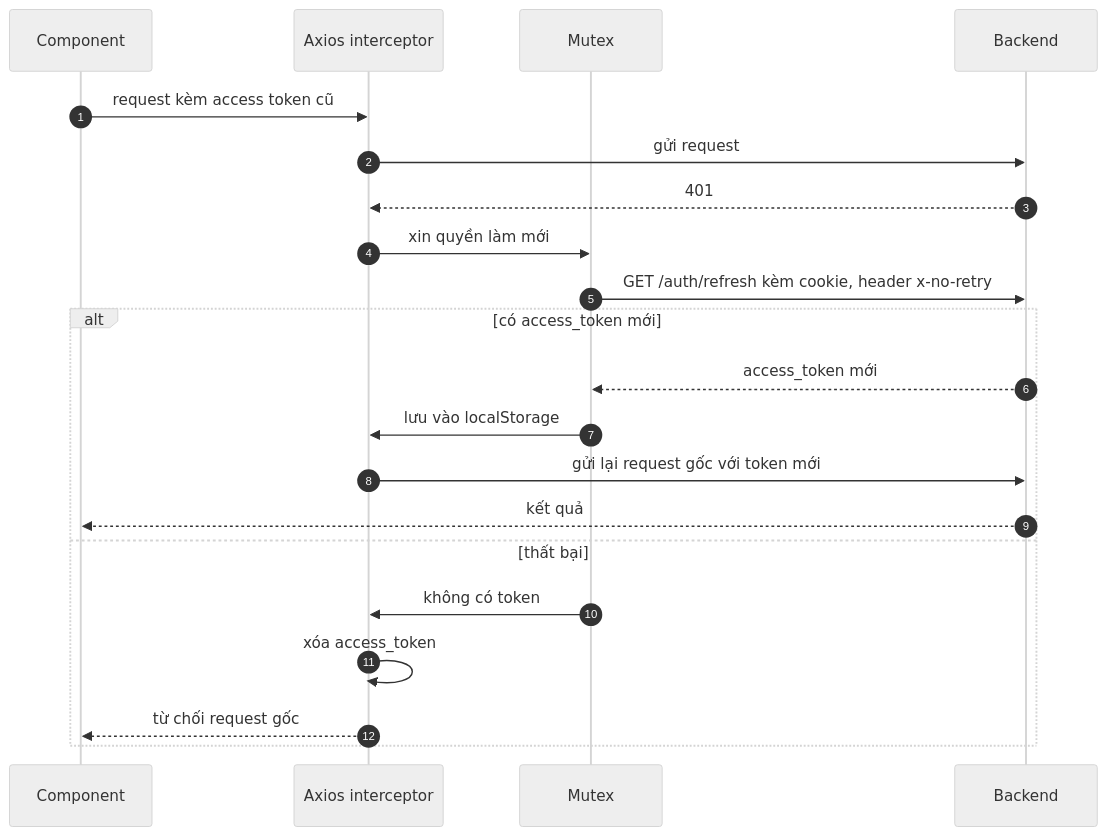
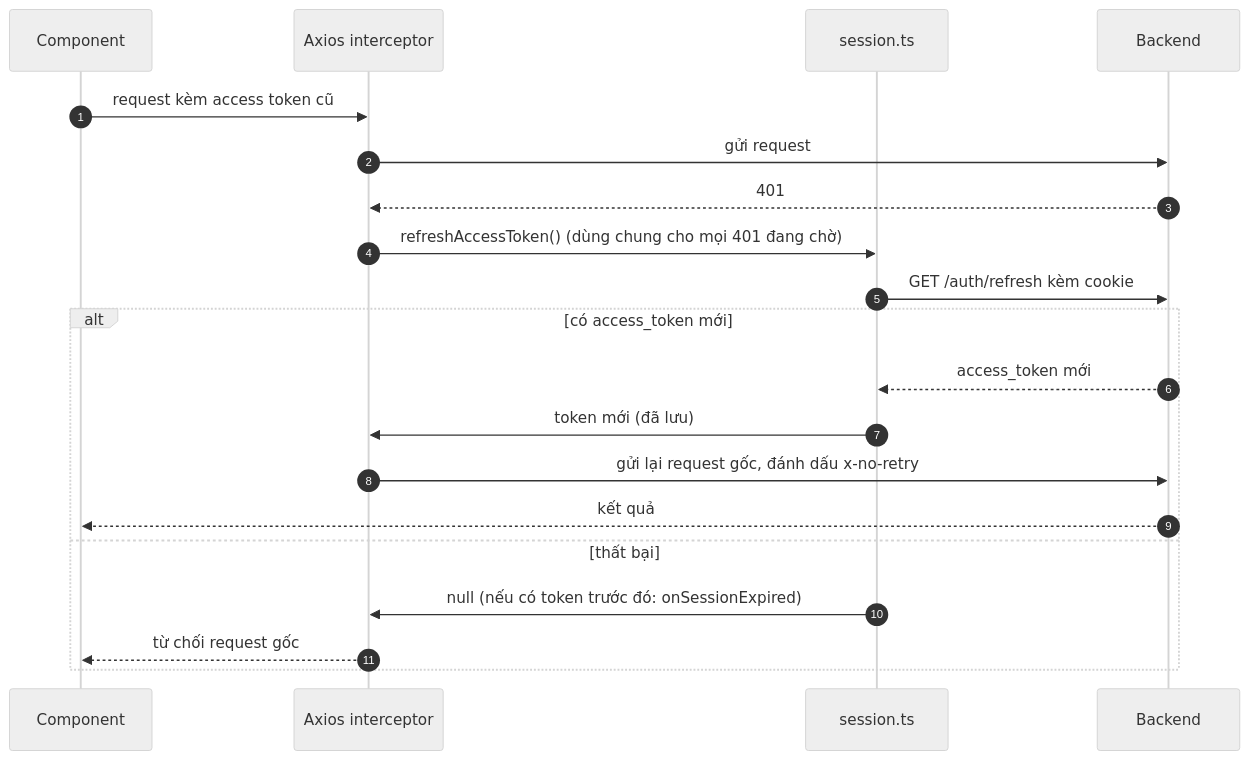
One commit to QuocDuy21-10/it-job-portal-fe changed the third of 3 diagrams in docs/05-business-flows/sequences/login-and-refresh-token.md. Above: the diagram before and after it, drawn with Mermaid (neutral theme). The commit also changed other lines of this file and 11 other files, not shown here.

First line of the commit message:
docs(auth): describe the session module and single-flight refresh

````diff
--- a/docs/05-business-flows/sequences/login-and-refresh-token.md
+++ b/docs/05-business-flows/sequences/login-and-refresh-token.md
@@ -69,24 +69,23 @@
 ```mermaid
 sequenceDiagram
     autonumber
     participant C as Component
     participant A as Axios interceptor
-    participant M as Mutex
+    participant S as session.ts
     participant B as Backend
 
     C->>A: request kèm access token cũ
     A->>B: gửi request
     B-->>A: 401
-    A->>M: xin quyền làm mới
-    M->>B: GET /auth/refresh kèm cookie, header x-no-retry
+    A->>S: refreshAccessToken() (dùng chung cho mọi 401 đang chờ)
+    S->>B: GET /auth/refresh kèm cookie
     alt có access_token mới
-        B-->>M: access_token mới
-        M->>A: lưu vào localStorage
-        A->>B: gửi lại request gốc với token mới
+        B-->>S: access_token mới
+        S->>A: token mới (đã lưu)
+        A->>B: gửi lại request gốc, đánh dấu x-no-retry
         B-->>C: kết quả
     else thất bại
-        M->>A: không có token
-        A->>A: xóa access_token
+        S->>A: null (nếu có token trước đó: onSessionExpired)
         A-->>C: từ chối request gốc
     end
 ```
````
